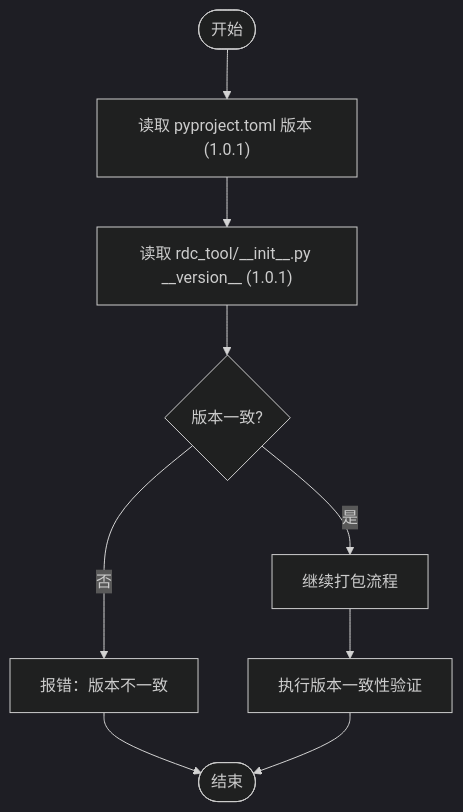
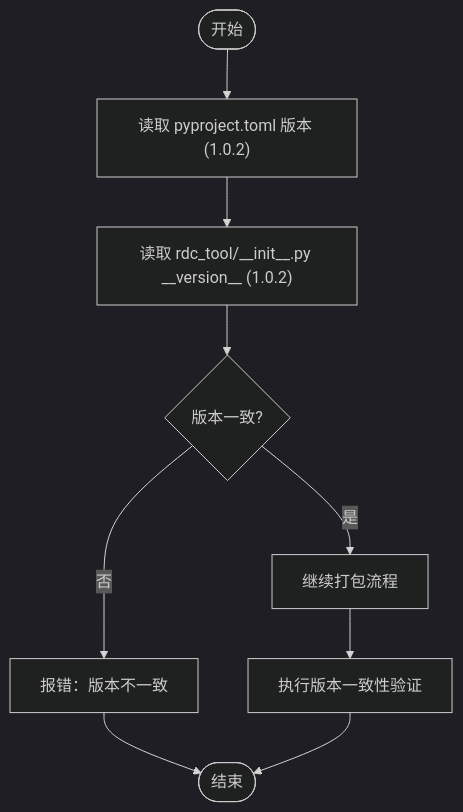
Before and after one commit to haolange/RDC-Tool: the third of 5 diagrams in .qoder/repowiki/zh/content/部署和发布/版本管理.md, drawn with Mermaid (dark theme). The commit also changed other lines of this file and 56 other files, not shown here.

````diff
--- a/.qoder/repowiki/zh/content/部署和发布/版本管理.md
+++ b/.qoder/repowiki/zh/content/部署和发布/版本管理.md
@@ -145,11 +152,11 @@
 ```mermaid
 flowchart TD
-Start(["开始"]) --> ReadPyproj["读取 pyproject.toml 版本 (1.0.1)"]
-ReadPyproj --> ReadInit["读取 rdc_tool/__init__.py __version__ (1.0.1)"]
+Start(["开始"]) --> ReadPyproj["读取 pyproject.toml 版本 (1.0.2)"]
+ReadPyproj --> ReadInit["读取 rdc_tool/__init__.py __version__ (1.0.2)"]
 ReadInit --> Compare{"版本一致?"}
 Compare --> |否| Fail["报错：版本不一致"]
 Compare --> |是| Continue["继续打包流程"]
 Fail --> End(["结束"])
 Continue --> Verify["执行版本一致性验证"]
 Verify --> End
 ```
````
